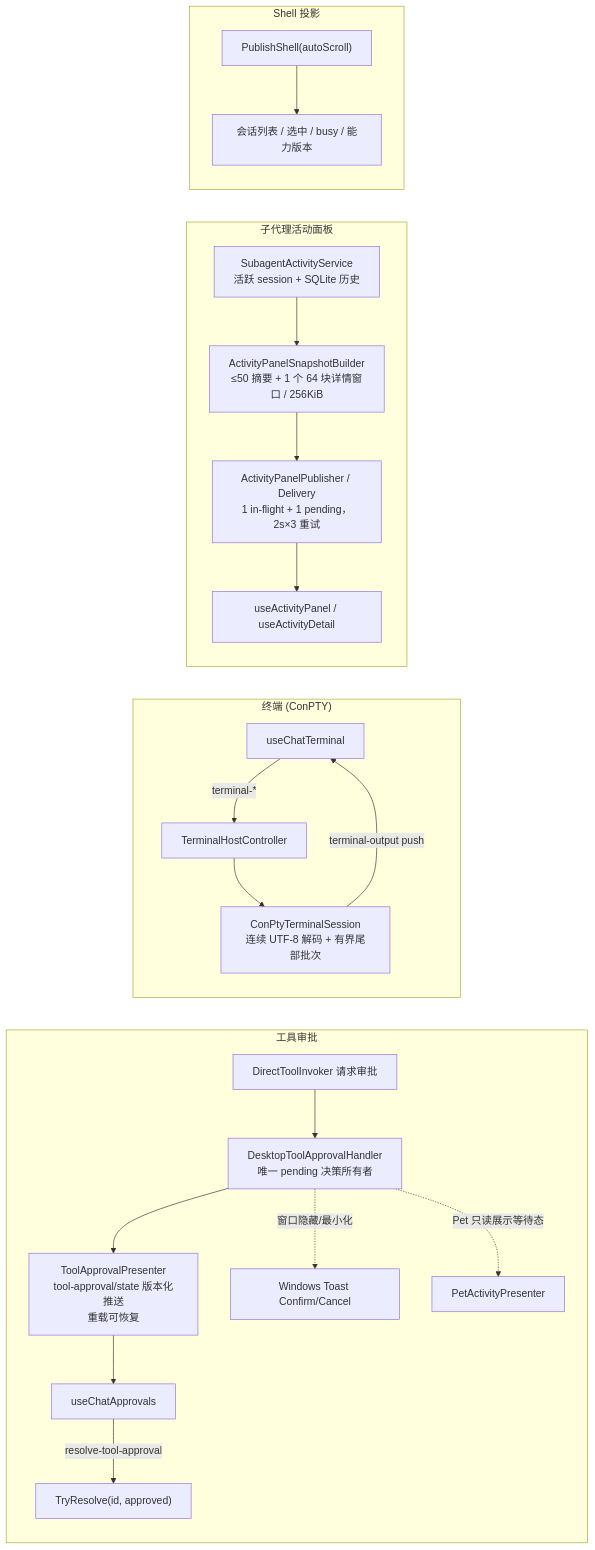
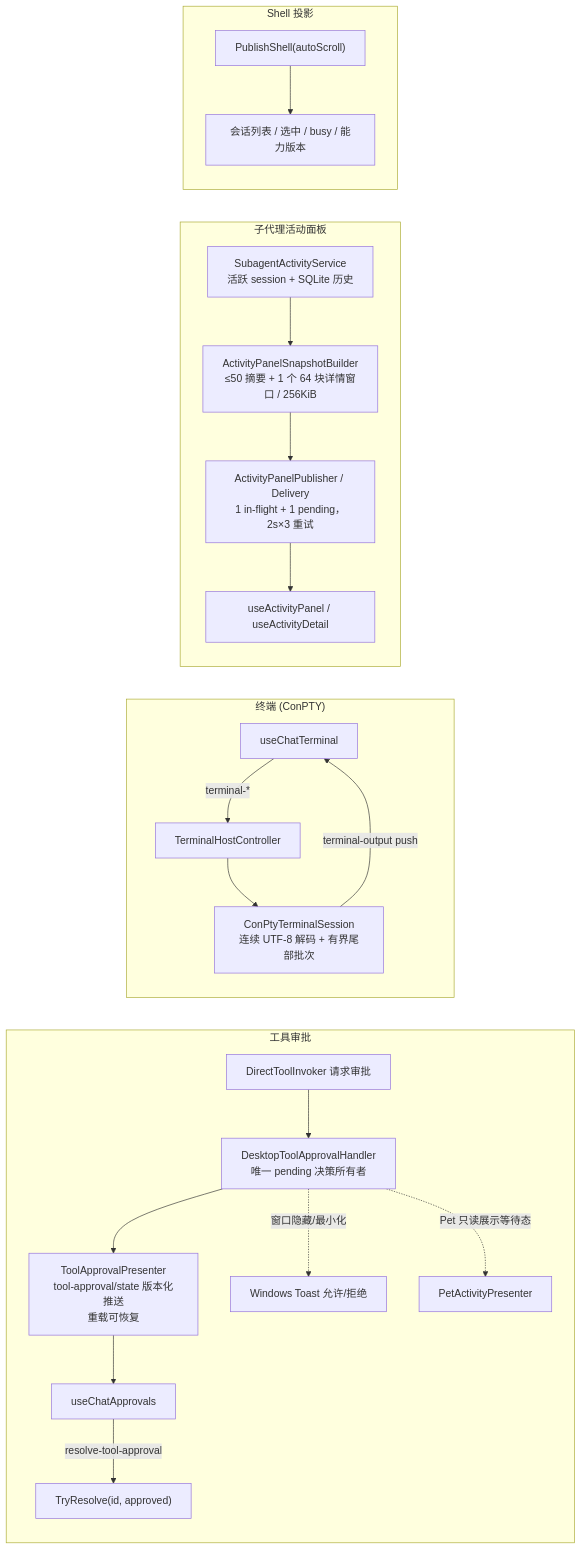
One commit to zj0135/SelfClaw changed the seventh of 8 diagrams in docs/pipeline-architecture.md. Above: the diagram before and after it, drawn with Mermaid. The commit also changed 3 other files, not shown here.

````diff
--- a/docs/pipeline-architecture.md
+++ b/docs/pipeline-architecture.md
@@ -239,24 +239,24 @@
 ```mermaid
 flowchart LR
     subgraph APPROVAL["工具审批"]
         A1["DirectToolInvoker 请求审批"] --> A2["DesktopToolApprovalHandler<br/>唯一 pending 决策所有者"]
         A2 --> A3["ToolApprovalPresenter<br/>tool-approval/state 版本化推送<br/>重载可恢复"]
         A3 --> A4["useChatApprovals"]
         A4 -->|"resolve-tool-approval"| A5["TryResolve(id, approved)"]
-        A2 -.->|"窗口隐藏/最小化"| A6["Windows Toast Confirm/Cancel"]
+        A2 -.->|"窗口隐藏/最小化"| A6["Windows Toast 允许/拒绝"]
         A2 -.->|"Pet 只读展示等待态"| A7["PetActivityPresenter"]
     end
     subgraph TERMINAL["终端 (ConPTY)"]
         T1["useChatTerminal"] -->|"terminal-*"| T2["TerminalHostController"]
         T2 --> T3["ConPtyTerminalSession<br/>连续 UTF-8 解码 + 有界尾部批次"]
         T3 -->|"terminal-output push"| T1
     end
     subgraph ACTIVITY["子代理活动面板"]
         S1["SubagentActivityService<br/>活跃 session + SQLite 历史"] --> S2["ActivityPanelSnapshotBuilder<br/>≤50 摘要 + 1 个 64 块详情窗口 / 256KiB"]
         S2 --> S3["ActivityPanelPublisher / Delivery<br/>1 in-flight + 1 pending，2s×3 重试"]
         S3 --> S4["useActivityPanel / useActivityDetail"]
     end
     subgraph SHELL["Shell 投影"]
         H1["PublishShell(autoScroll)"] --> H2["会话列表 / 选中 / busy / 能力版本"]
     end
 ```
````
